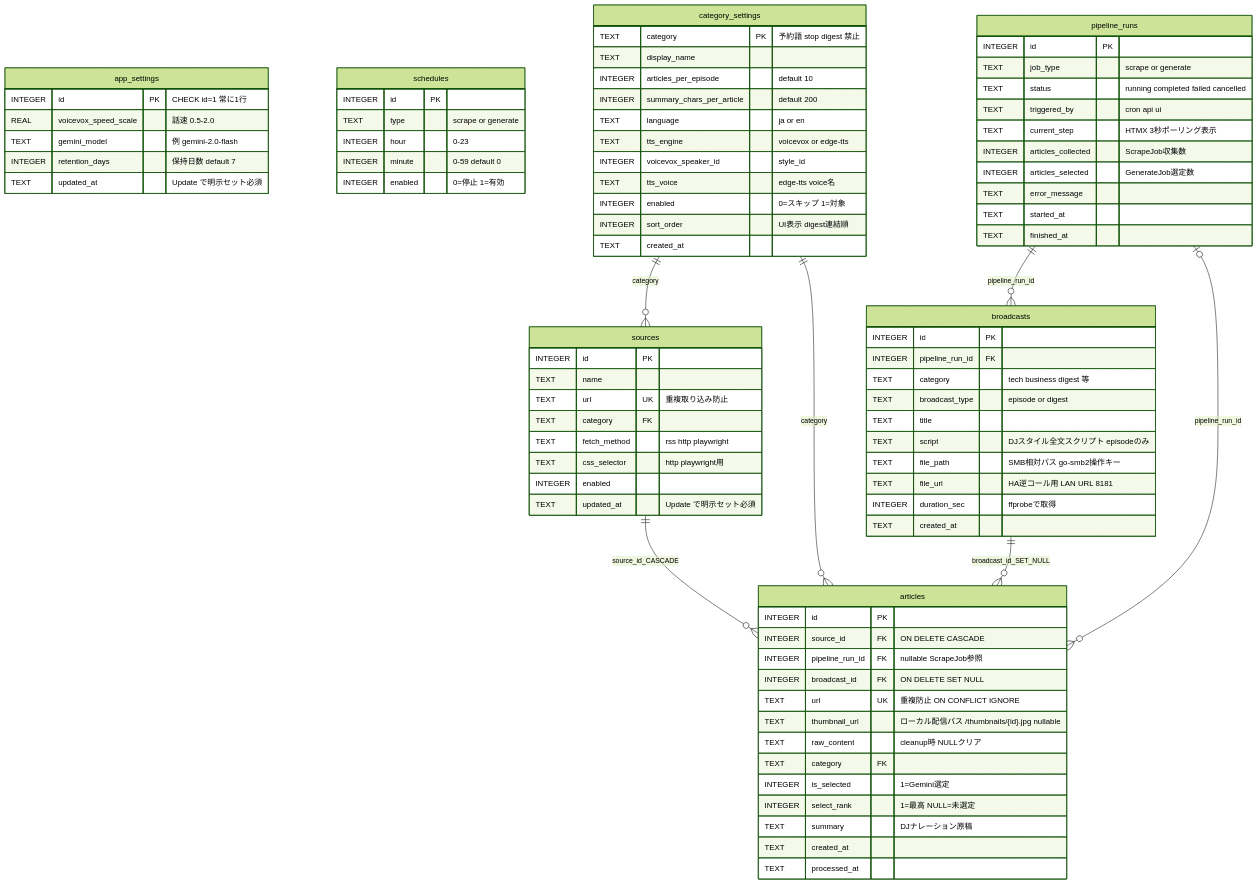
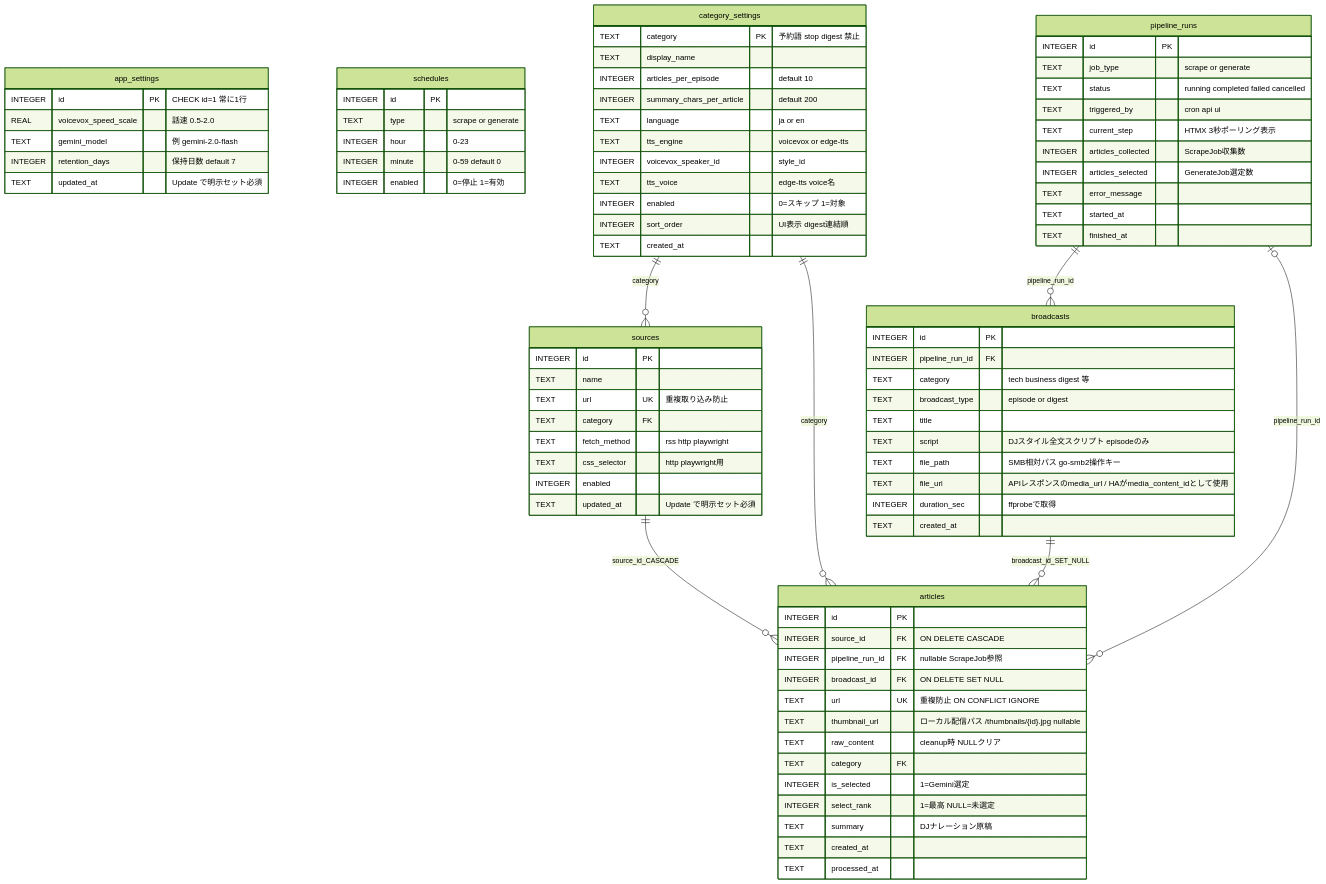
Before and after one commit to svhome01/ai-news: the third of 13 diagrams in PLAN.md, drawn with Mermaid (forest theme). The commit also changed other lines of this file, not shown here.

Commit message:
Refactor audio playback flow in PLAN.md to clarify Home Assistant integration and remove unnecessary API calls

```diff
--- a/PLAN.md
+++ b/PLAN.md
@@ -477,7 +472,7 @@
         TEXT title
         TEXT script "DJスタイル全文スクリプト episodeのみ"
         TEXT file_path "SMB相対パス go-smb2操作キー"
-        TEXT file_url "HA逆コール用 LAN URL 8181"
+        TEXT file_url "APIレスポンスのmedia_url / HAがmedia_content_idとして使用"
         INTEGER duration_sec "ffprobeで取得"
         TEXT created_at
     }
```
